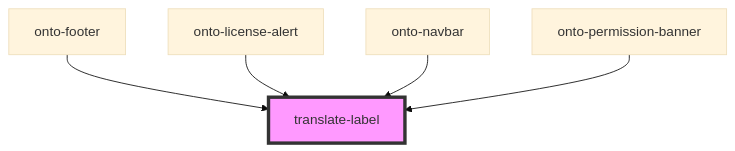
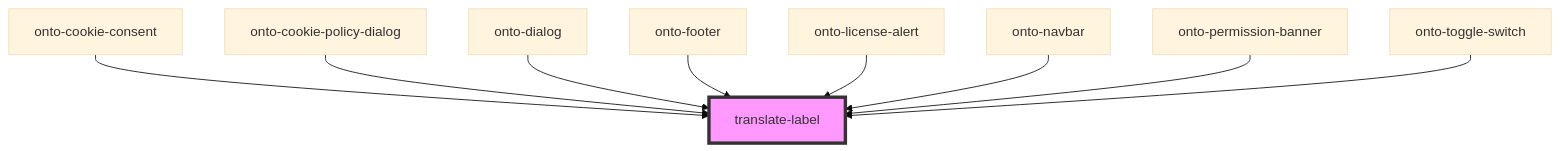
The diagram in packages/shared-components/src/components/translate-label/readme.md (Ontotext-AD/graphdb-workbench), drawn with Mermaid (base theme) before and after one commit. The commit also changed other lines of this file and 65 other files, not shown here.

First line of the commit message:
GDB-11320 Implement cookie consent component

````diff
--- a/packages/shared-components/src/components/translate-label/readme.md
+++ b/packages/shared-components/src/components/translate-label/readme.md
@@ -37,8 +41,12 @@
 ```mermaid
 graph TD;
+  onto-cookie-consent --> translate-label
+  onto-cookie-policy-dialog --> translate-label
+  onto-dialog --> translate-label
   onto-footer --> translate-label
   onto-license-alert --> translate-label
   onto-navbar --> translate-label
   onto-permission-banner --> translate-label
+  onto-toggle-switch --> translate-label
   style translate-label fill:#f9f,stroke:#333,stroke-width:4px
 ```
````
